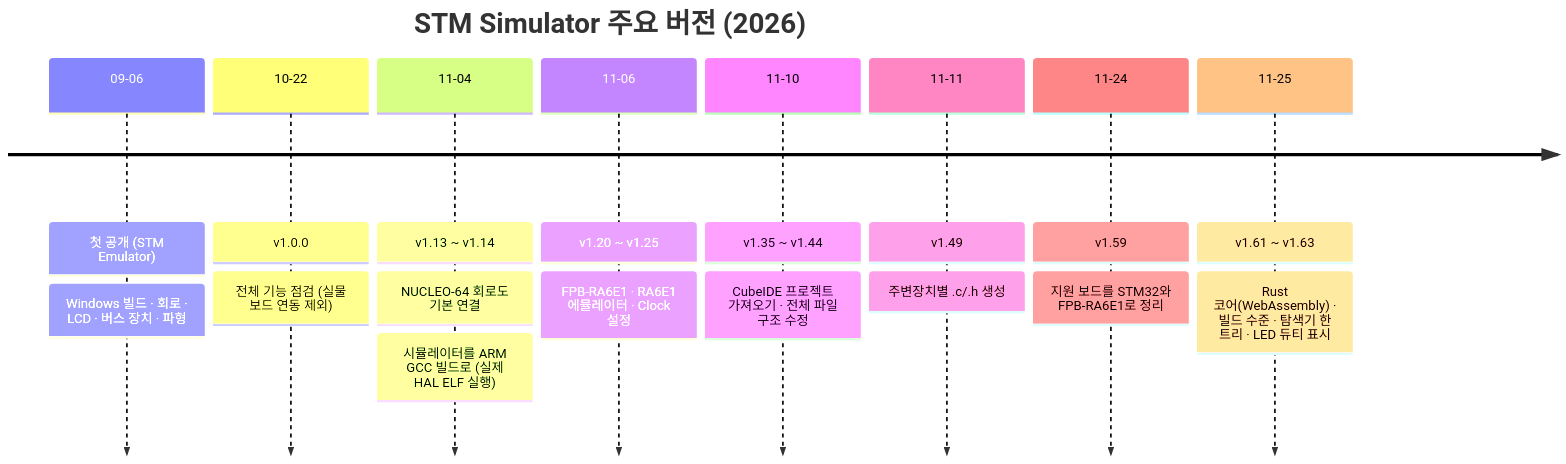
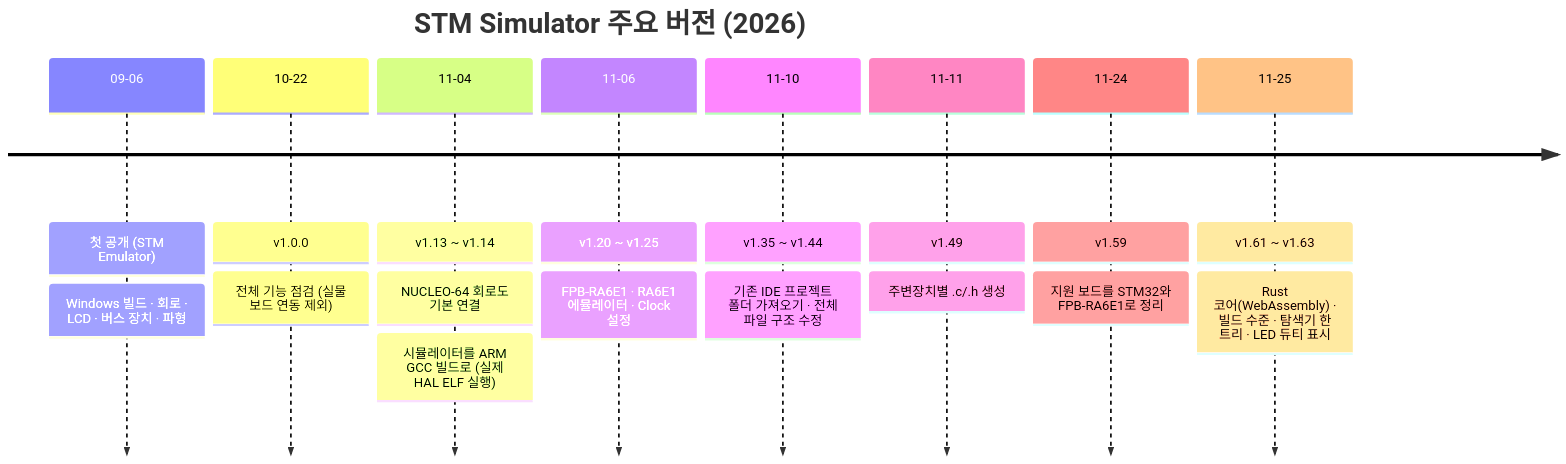
One commit to moonsyu/STM-Simulator changed the seventh of 10 diagrams in README.md. Above: the diagram before and after it, drawn with Mermaid. The commit also changed other lines of this file and 1 other file, not shown here.

Commit message:
README: 소개·개발 계기·버전 흐름에서도 CubeMX·CubeIDE 이름 빼기 [skip ci]

````diff
--- a/README.md
+++ b/README.md
@@ -212,12 +212,12 @@
 ```mermaid
 timeline
     title STM Simulator 주요 버전 (2026)
     09-06 : 첫 공개 (STM Emulator) : Windows 빌드 · 회로 · LCD · 버스 장치 · 파형
     10-22 : v1.0.0 : 전체 기능 점검 (실물 보드 연동 제외)
     11-04 : v1.13 ~ v1.14 : NUCLEO-64 회로도 기본 연결 : 시뮬레이터를 ARM GCC 빌드로 (실제 HAL ELF 실행)
     11-06 : v1.20 ~ v1.25 : FPB-RA6E1 · RA6E1 에뮬레이터 · Clock 설정
-    11-10 : v1.35 ~ v1.44 : CubeIDE 프로젝트 가져오기 · 전체 파일 구조 수정
+    11-10 : v1.35 ~ v1.44 : 기존 IDE 프로젝트 폴더 가져오기 · 전체 파일 구조 수정
     11-11 : v1.49 : 주변장치별 .c/.h 생성
     11-24 : v1.59 : 지원 보드를 STM32와 FPB-RA6E1로 정리
     11-25 : v1.61 ~ v1.63 : Rust 코어(WebAssembly) · 빌드 수준 · 탐색기 한 트리 · LED 듀티 표시
 ```
````
